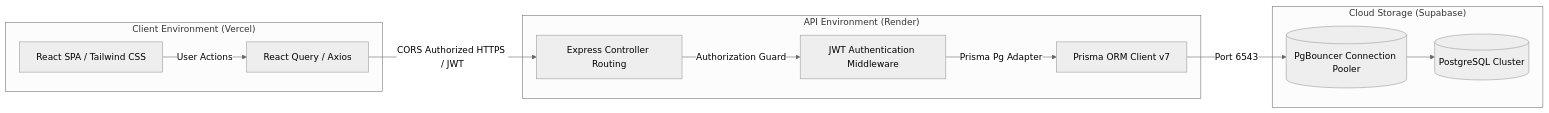
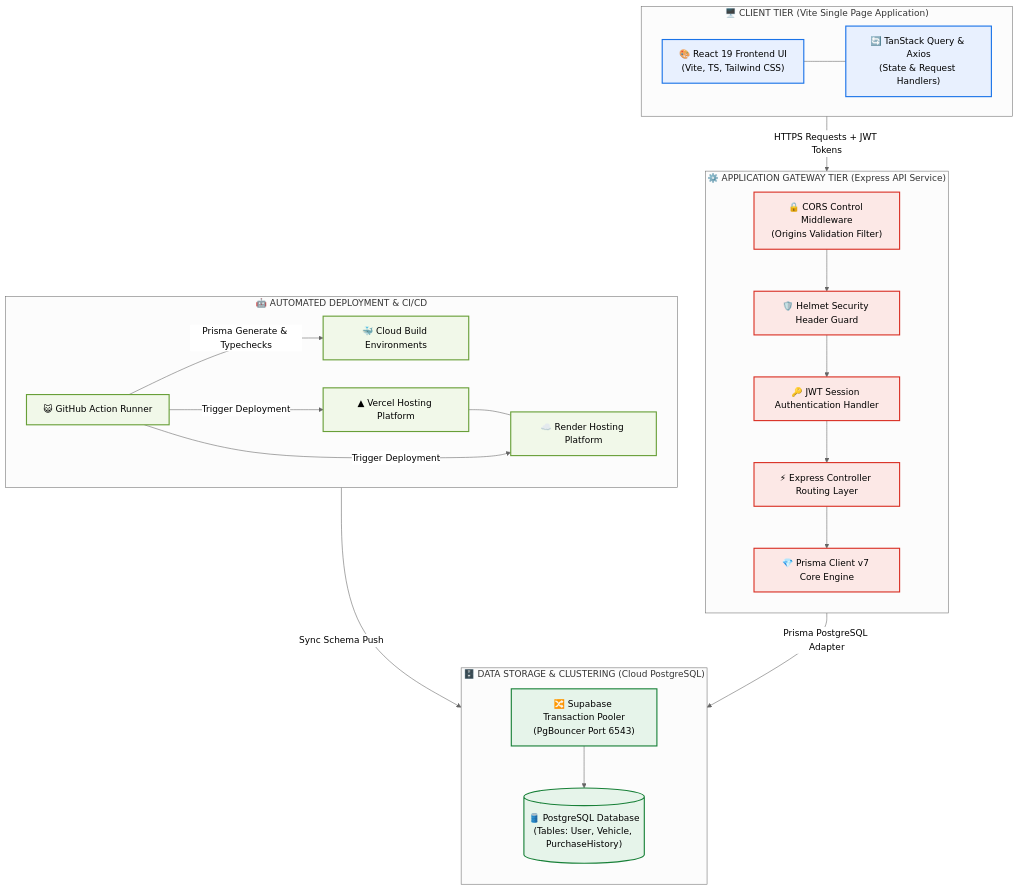
One commit to Vansh060206/IncuByteOA changed the diagram in README.md. Above: the diagram before and after it, drawn with Mermaid (neutral theme).

Commit message:
docs: upgrade system architecture diagram to premium multi-tiered layout
Polished node connections, sub-module flows, and custom color classes.

````diff
--- a/README.md
+++ b/README.md
@@ -82,25 +82,43 @@
 ```mermaid
-graph LR
-    subgraph "Client Environment (Vercel)"
-        A[React SPA / Tailwind CSS]
-        B[React Query / Axios]
+graph TD
+    %% Custom Styles %%
+    classDef client fill:#E8F0FE,stroke:#1A73E8,stroke-width:2px,color:#000;
+    classDef gateway fill:#FCE8E6,stroke:#D93025,stroke-width:2px,color:#000;
+    classDef data fill:#E6F4EA,stroke:#188038,stroke-width:2px,color:#000;
+    classDef ci fill:#F1F8E9,stroke:#689F38,stroke-width:2px,color:#000;
+
+    subgraph "🖥️ CLIENT TIER (Vite Single Page Application)"
+        direction LR
+        A["🎨 React 19 Frontend UI<br>(Vite, TS, Tailwind CSS)"] --- B["🔄 TanStack Query & Axios<br>(State & Request Handlers)"]
+        class A,B client;
     end
 
-    subgraph "API Environment (Render)"
-        C[Express Controller Routing]
-        D[JWT Authentication Middleware]
-        E[Prisma ORM Client v7]
+    subgraph "⚙️ APPLICATION GATEWAY TIER (Express API Service)"
+        direction TB
+        C["🔒 CORS Control Middleware<br>(Origins Validation Filter)"] --> D["🛡️ Helmet Security Header Guard"]
+        D --> E["🔑 JWT Session Authentication Handler"]
+        E --> F["⚡ Express Controller Routing Layer"]
+        F --> G["💎 Prisma Client v7 Core Engine"]
+        class C,D,E,F,G gateway;
     end
 
-    subgraph "Cloud Storage (Supabase)"
-        F[(PostgreSQL Cluster)]
-        G[(PgBouncer Connection Pooler)]
+    subgraph "🗄️ DATA STORAGE & CLUSTERING (Cloud PostgreSQL)"
+        direction TB
+        H["🔀 Supabase Transaction Pooler<br>(PgBouncer Port 6543)"] --> I[("🛢️ PostgreSQL Database<br>(Tables: User, Vehicle, PurchaseHistory)")]
+        class H,I data;
     end
 
-    A -->|User Actions| B
-    B -->|CORS Authorized HTTPS / JWT| C
-    C -->|Authorization Guard| D
-    D -->|Prisma Pg Adapter| E
-    E -->|Port 6543| G
-    G --> F
+    subgraph "🤖 AUTOMATED DEPLOYMENT & CI/CD"
+        direction LR
+        J["😺 GitHub Action Runner"] -->|Prisma Generate & Typechecks| K["🐳 Cloud Build Environments"]
+        L["▲ Vercel Hosting Platform"] --- M["☁️ Render Hosting Platform"]
+        class J,K,L,M ci;
+    end
+
+    %% Node Connections %%
+    B -->|HTTPS Requests + JWT Tokens| C
+    G -->|Prisma PostgreSQL Adapter| H
+    K -->|Sync Schema Push| I
+    J -->|Trigger Deployment| L
+    J -->|Trigger Deployment| M
 ```
````
